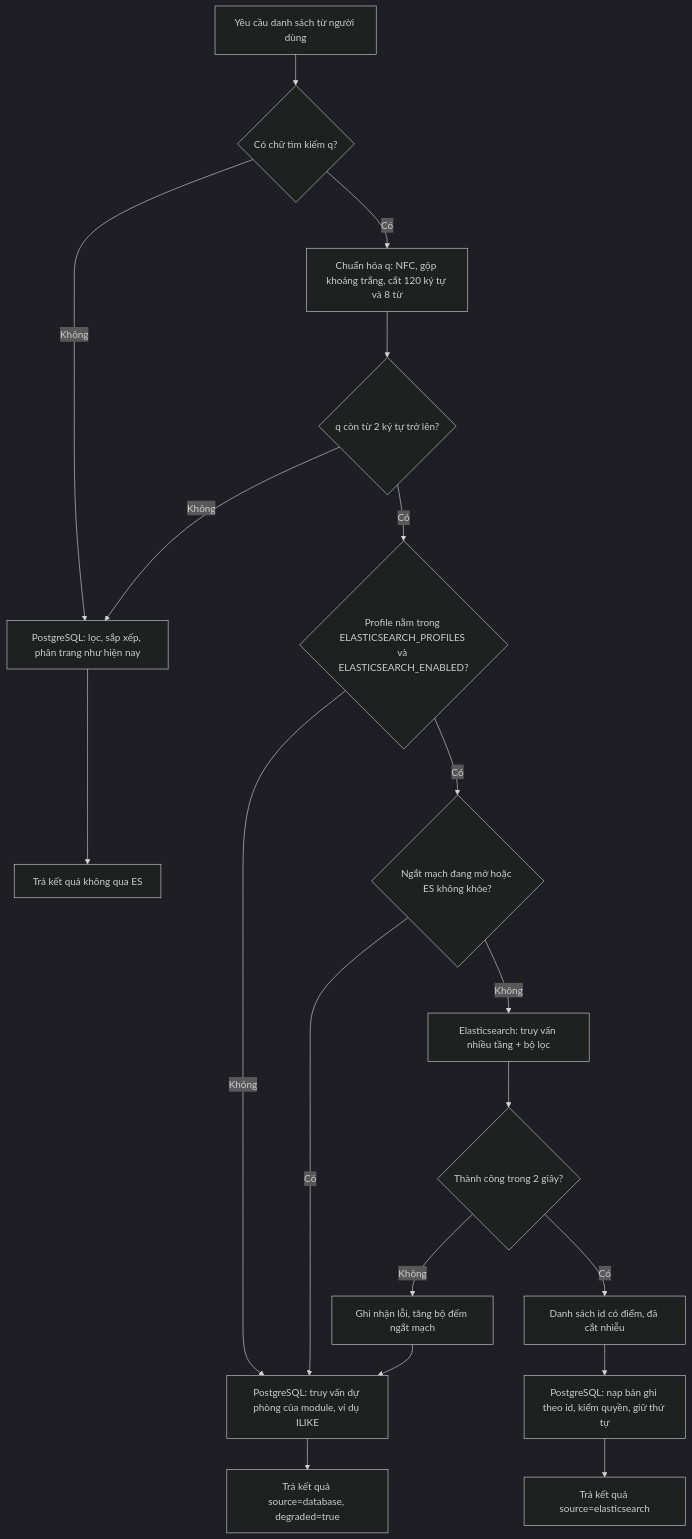
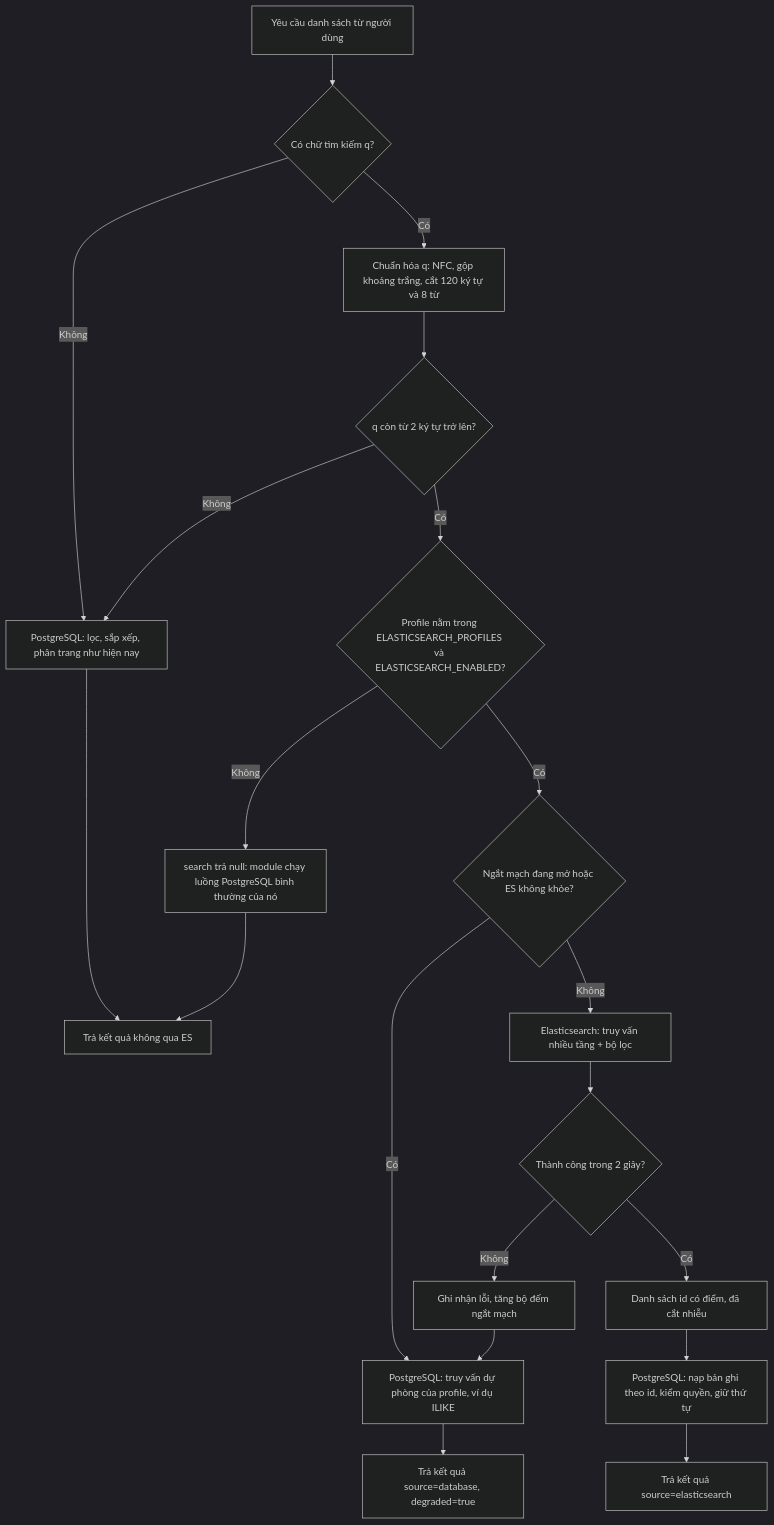
One commit to LoDtus/location-insight changed the diagram in workspace/features/017-search-elasticsearch/diagrams/flow-when-to-use-es.mmd. Above: the diagram before and after it, drawn with Mermaid (dark theme). The commit also changed 30 other files, not shown here.

```diff
--- a/workspace/features/017-search-elasticsearch/diagrams/flow-when-to-use-es.mmd
+++ b/workspace/features/017-search-elasticsearch/diagrams/flow-when-to-use-es.mmd
@@ -1,18 +1,19 @@
 flowchart TD
   A[Yêu cầu danh sách từ người dùng] --> B{Có chữ tìm kiếm q?}
   B -- Không --> P[PostgreSQL: lọc, sắp xếp, phân trang như hiện nay]
   B -- Có --> C[Chuẩn hóa q: NFC, gộp khoảng trắng, cắt 120 ký tự và 8 từ]
   C --> D{q còn từ 2 ký tự trở lên?}
   D -- Không --> P
   D -- Có --> E{Profile nằm trong ELASTICSEARCH_PROFILES và ELASTICSEARCH_ENABLED?}
-  E -- Không --> F[PostgreSQL: truy vấn dự phòng của module, ví dụ ILIKE]
+  E -- Không --> P2[search trả null: module chạy luồng PostgreSQL bình thường của nó]
   E -- Có --> G{Ngắt mạch đang mở hoặc ES không khỏe?}
-  G -- Có --> F
+  G -- Có --> F[PostgreSQL: truy vấn dự phòng của profile, ví dụ ILIKE]
   G -- Không --> H[Elasticsearch: truy vấn nhiều tầng + bộ lọc]
   H --> I{Thành công trong 2 giây?}
   I -- Không --> J[Ghi nhận lỗi, tăng bộ đếm ngắt mạch] --> F
   I -- Có --> K[Danh sách id có điểm, đã cắt nhiễu]
   K --> L[PostgreSQL: nạp bản ghi theo id, kiểm quyền, giữ thứ tự]
   F --> M[Trả kết quả source=database, degraded=true]
   L --> N[Trả kết quả source=elasticsearch]
   P --> O[Trả kết quả không qua ES]
+  P2 --> O
```
